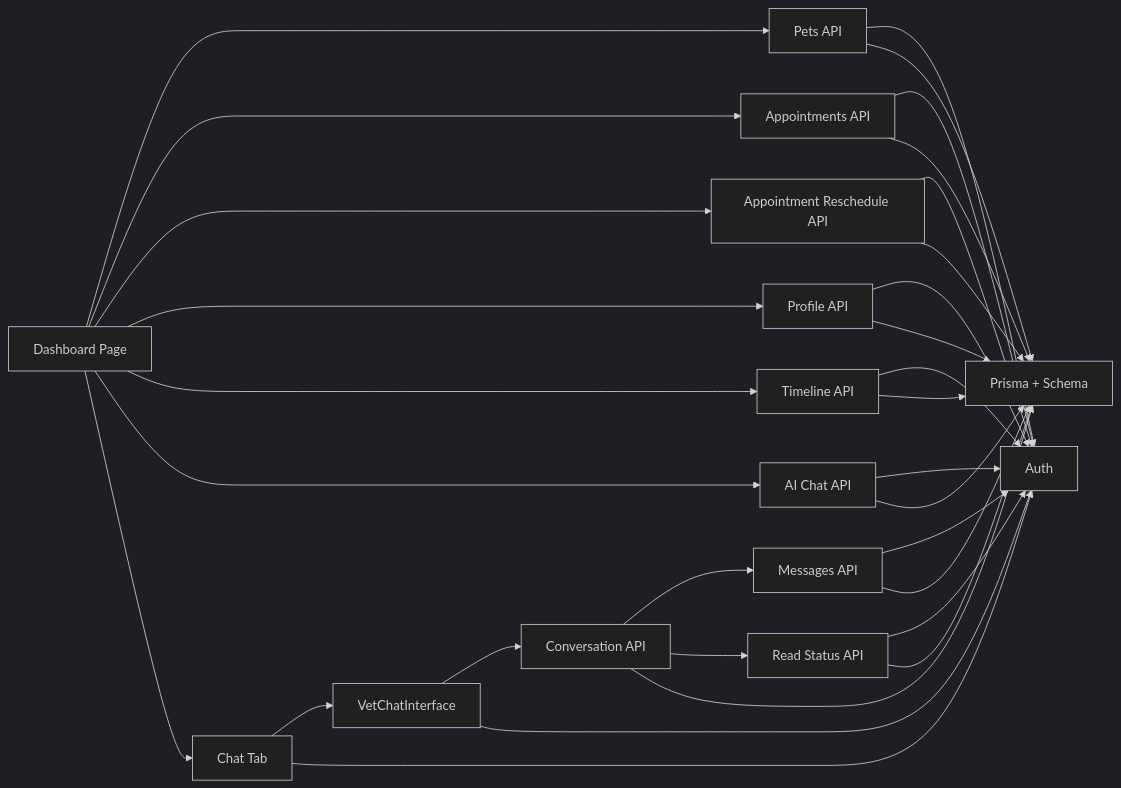
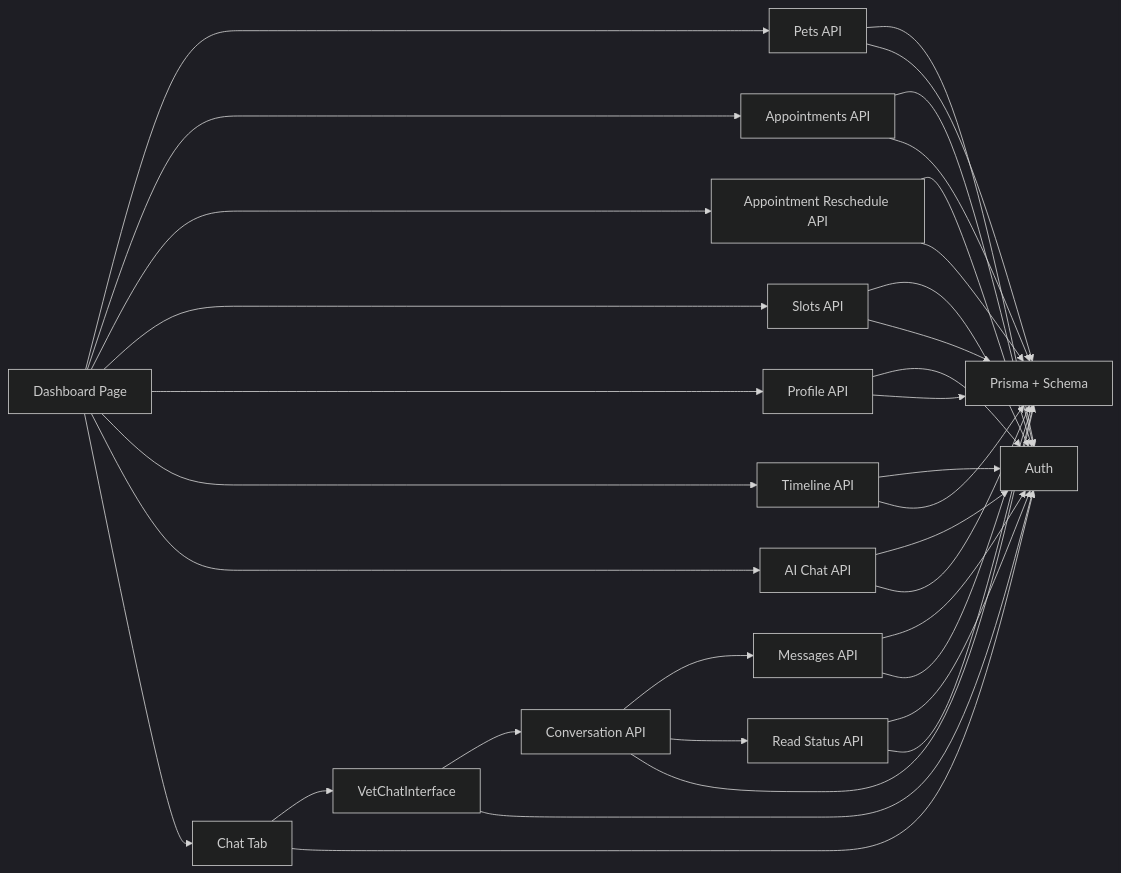
Before and after one commit to Javeria-Javaid/ai-powered-pet-healthcare-ecosystem: the third of 3 diagrams in .qoder/repowiki/en/content/User Dashboards/Pet Owner Dashboard.md, drawn with Mermaid (dark theme). The commit also changed other lines of this file and 23 other files, not shown here.

````diff
--- a/.qoder/repowiki/en/content/User Dashboards/Pet Owner Dashboard.md
+++ b/.qoder/repowiki/en/content/User Dashboards/Pet Owner Dashboard.md
@@ -354,33 +372,36 @@
 ```mermaid
 graph LR
 D["Dashboard Page"] --> P["Pets API"]
 D --> A["Appointments API"]
 D --> AR["Appointment Reschedule API"]
+D --> AS["Slots API"]
 D --> R["Profile API"]
 D --> T["Timeline API"]
 D --> C["AI Chat API"]
 D --> CH["Chat Tab"]
 CH --> VCI["VetChatInterface"]
 VCI --> CA["Conversation API"]
 CA --> M["Messages API"]
 CA --> RD["Read Status API"]
 P --> AUTH["Auth"]
 A --> AUTH
 AR --> AUTH
+AS --> AUTH
 R --> AUTH
 T --> AUTH
 C --> AUTH
 CH --> AUTH
 VCI --> AUTH
 M --> AUTH
 RD --> AUTH
 P --> DB["Prisma + Schema"]
 A --> DB
 AR --> DB
+AS --> DB
 R --> DB
 T --> DB
 C --> DB
 CA --> DB
 M --> DB
 RD --> DB
 ```
````
